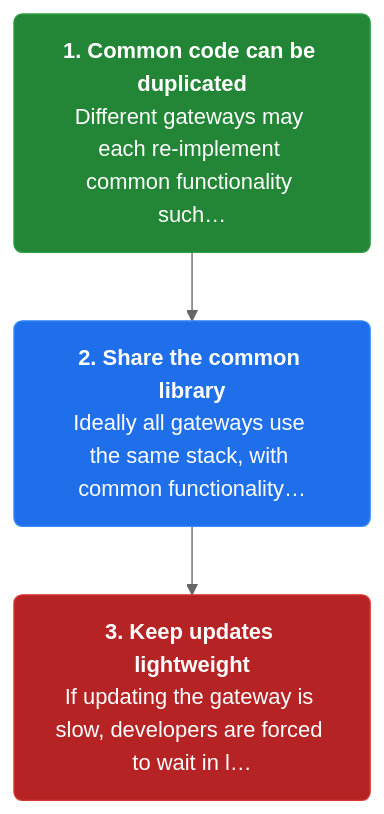
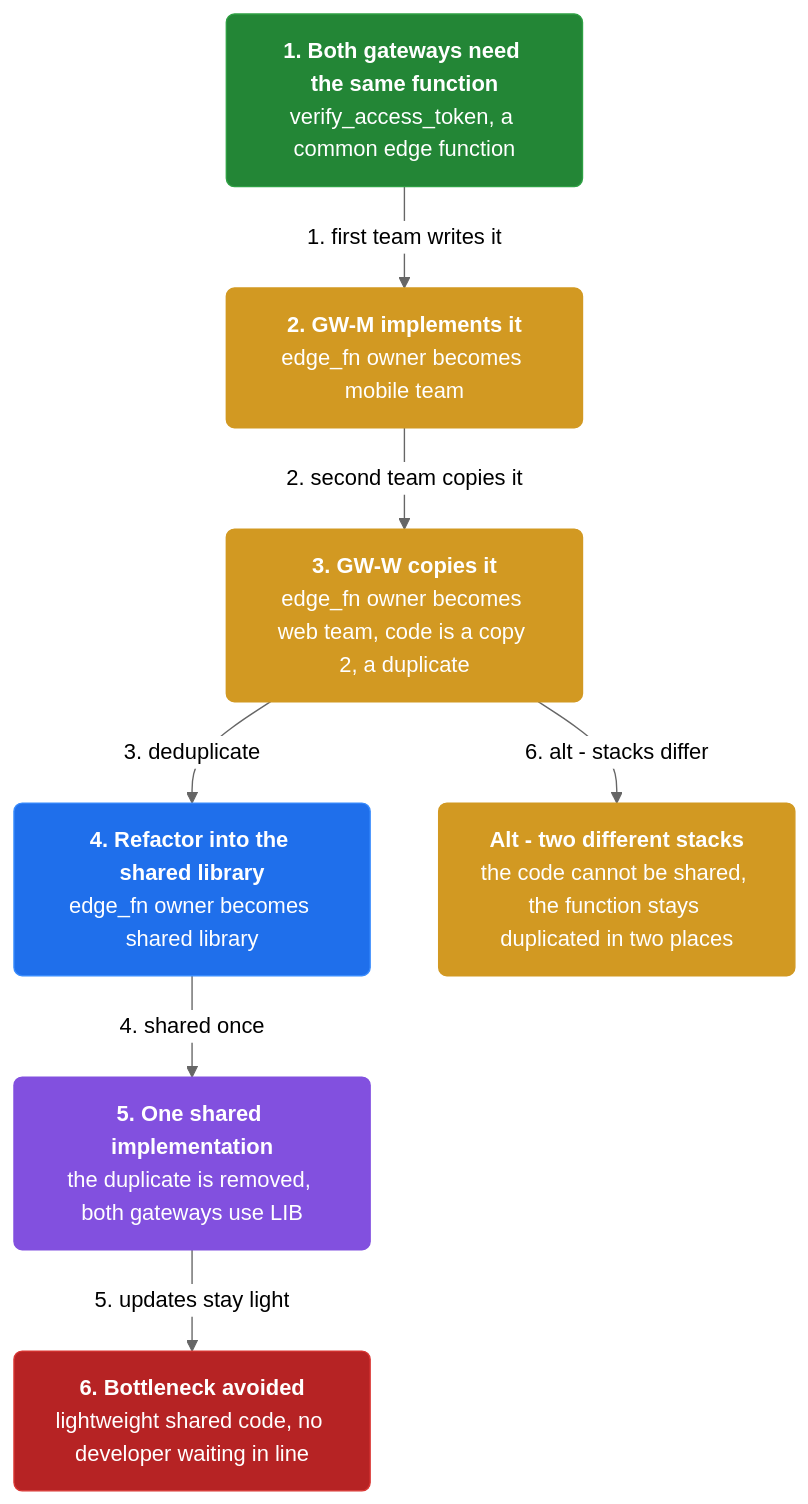
The fourth of 4 diagrams in docs/ch24-backends-for-frontends.md (vinayakuber/microservices-io-study-guide), drawn with Mermaid (neutral theme) before and after one commit. The commit also changed other lines of this file and 46 other files, not shown here.

First line of the commit message:
Author rich branching flow diagrams for all 44 chapters

````diff
--- a/docs/ch24-backends-for-frontends.md
+++ b/docs/ch24-backends-for-frontends.md
@@ -128,11 +153,21 @@
 ```mermaid
 flowchart TD
-  classDef step fill:#1f6feb,color:#ffffff,stroke:#388bfd,stroke-width:1px,rx:6
+  classDef step fill:#1f6feb,color:#ffffff,stroke:#388bfd,rx:6
+  classDef core fill:#8250df,color:#ffffff,stroke:#8250df,rx:6
+  classDef warn fill:#d29922,color:#ffffff,stroke:#d29922,rx:6
   classDef start fill:#238636,color:#ffffff,stroke:#2ea043,rx:6
   classDef stop fill:#b62324,color:#ffffff,stroke:#da3633,rx:6
-  s3n0["<b>1. Common code can be duplicated</b><br/>Different gateways may each re-implement common functionality such…"]:::start
-  s3n1["<b>2. Share the common library</b><br/>Ideally all gateways use the same stack, with common functionality…"]:::step
-  s3n2["<b>3. Keep updates lightweight</b><br/>If updating the gateway is slow, developers are forced to wait in l…"]:::stop
-  s3n0 --> s3n1
-  s3n1 --> s3n2
+  n0["<b>1. Both gateways need the same function</b><br/>verify_access_token, a common edge function"]:::start
+  n1["<b>2. GW-M implements it</b><br/>edge_fn owner becomes mobile team"]:::warn
+  n2["<b>3. GW-W copies it</b><br/>edge_fn owner becomes web team, code is a copy 2, a duplicate"]:::warn
+  n3["<b>4. Refactor into the shared library</b><br/>edge_fn owner becomes shared library"]:::step
+  n4["<b>5. One shared implementation</b><br/>the duplicate is removed, both gateways use LIB"]:::core
+  n5["<b>6. Bottleneck avoided</b><br/>lightweight shared code, no developer waiting in line"]:::stop
+  n6["<b>Alt - two different stacks</b><br/>the code cannot be shared, the function stays duplicated in two places"]:::warn
+  n0 -->|"1. first team writes it"| n1
+  n1 -->|"2. second team copies it"| n2
+  n2 -->|"3. deduplicate"| n3
+  n3 -->|"4. shared once"| n4
+  n4 -->|"5. updates stay light"| n5
+  n2 -->|"6. alt - stacks differ"| n6
 ```
````
